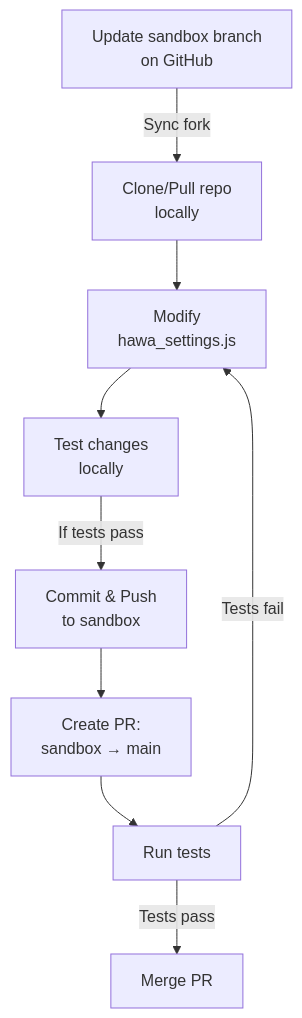
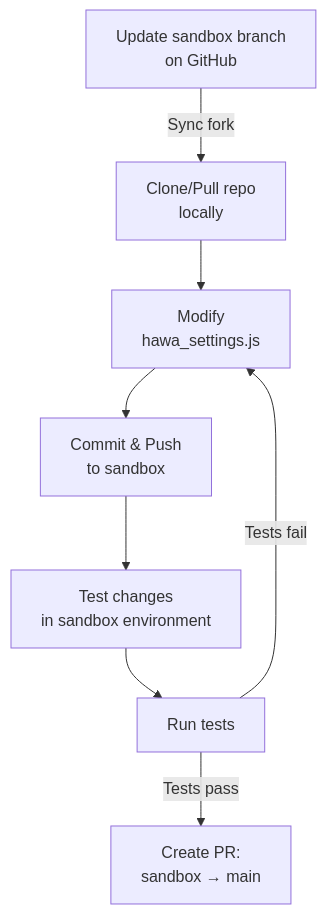
One commit to hawa-it/plm-extensions changed the diagram in HAWA_GitWorkflow.md. Above: the diagram before and after it, drawn with Mermaid.

Commit message:
Update workflow diagram to reflect sandbox environment testing process

````diff
--- a/HAWA_GitWorkflow.md
+++ b/HAWA_GitWorkflow.md
@@ -80,11 +80,10 @@
 ```mermaid
 graph TD
-    A["Update sandbox branch<br/>on GitHub"] -->|"Sync fork"| B["Clone/Pull repo<br/>locally"]
-    B --> C["Modify<br/>hawa_settings.js"]
-    C --> D["Test changes<br/>locally"]
-    D -->|"If tests pass"| E["Commit & Push<br/>to sandbox"]
-    E --> F["Create PR:<br/>sandbox → main"]
-    F --> G["Run tests"]
-    G -->|"Tests pass"| H["Merge PR"]
-    G -->|"Tests fail"| C
+    A["Update sandbox branch<br/>on GitHub"] -->|"Sync fork"| B["Clone/Pull repo<br/>locally"]
+    B --> C["Modify<br/>hawa_settings.js"]
+    C --> D["Commit & Push<br/>to sandbox"]    
+    D --> E["Test changes<br/> in sandbox environment"]   
+    E --> F["Run tests"]   
+    F -->|"Tests pass"| G["Create PR:<br/>sandbox → main"]
+    F -->|"Tests fail"| C
 ``` 
````
